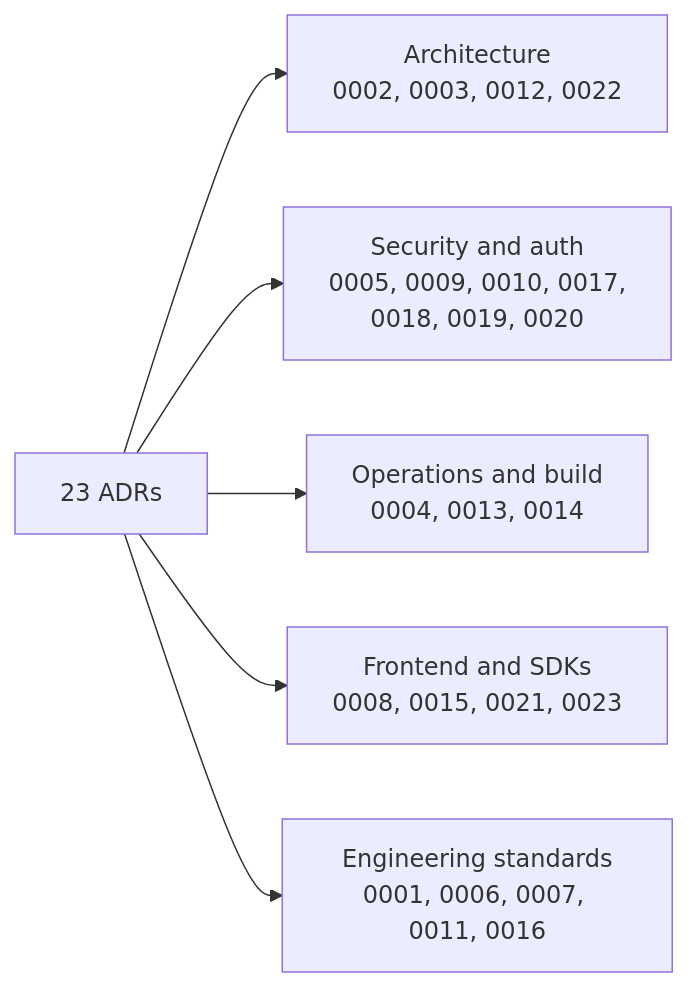
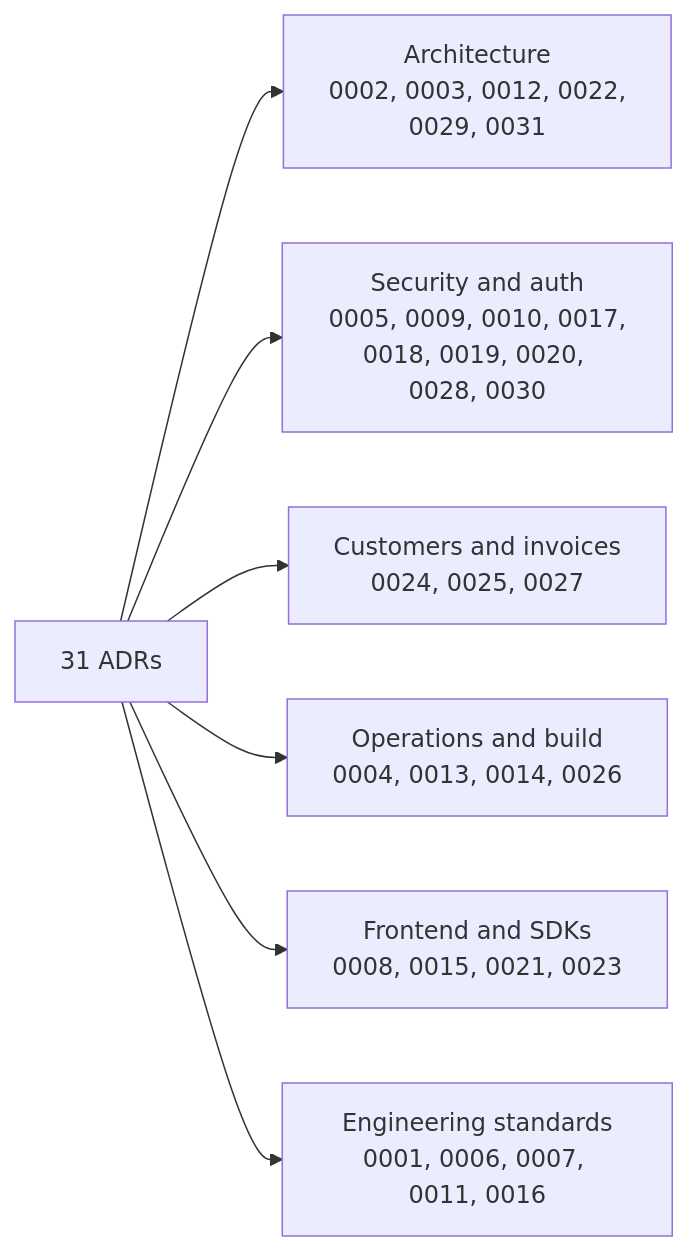
One commit to vaam-apps/vpay-docs changed the first of 2 diagrams in docs/guide/decisions.md. Above: the diagram before and after it, drawn with Mermaid. The commit also changed other lines of this file and 36 other files, not shown here.

````diff
--- a/docs/guide/decisions.md
+++ b/docs/guide/decisions.md
@@ -58,8 +68,9 @@
 ```mermaid
 flowchart LR
-    ADR["23 ADRs"] --> A["Architecture<br/>0002, 0003, 0012, 0022"]
-    ADR --> S["Security and auth<br/>0005, 0009, 0010, 0017,<br/>0018, 0019, 0020"]
-    ADR --> O["Operations and build<br/>0004, 0013, 0014"]
+    ADR["31 ADRs"] --> A["Architecture<br/>0002, 0003, 0012, 0022,<br/>0029, 0031"]
+    ADR --> S["Security and auth<br/>0005, 0009, 0010, 0017,<br/>0018, 0019, 0020, 0028, 0030"]
+    ADR --> C["Customers and invoices<br/>0024, 0025, 0027"]
+    ADR --> O["Operations and build<br/>0004, 0013, 0014, 0026"]
     ADR --> F["Frontend and SDKs<br/>0008, 0015, 0021, 0023"]
     ADR --> E["Engineering standards<br/>0001, 0006, 0007, 0011, 0016"]
 ```
````
